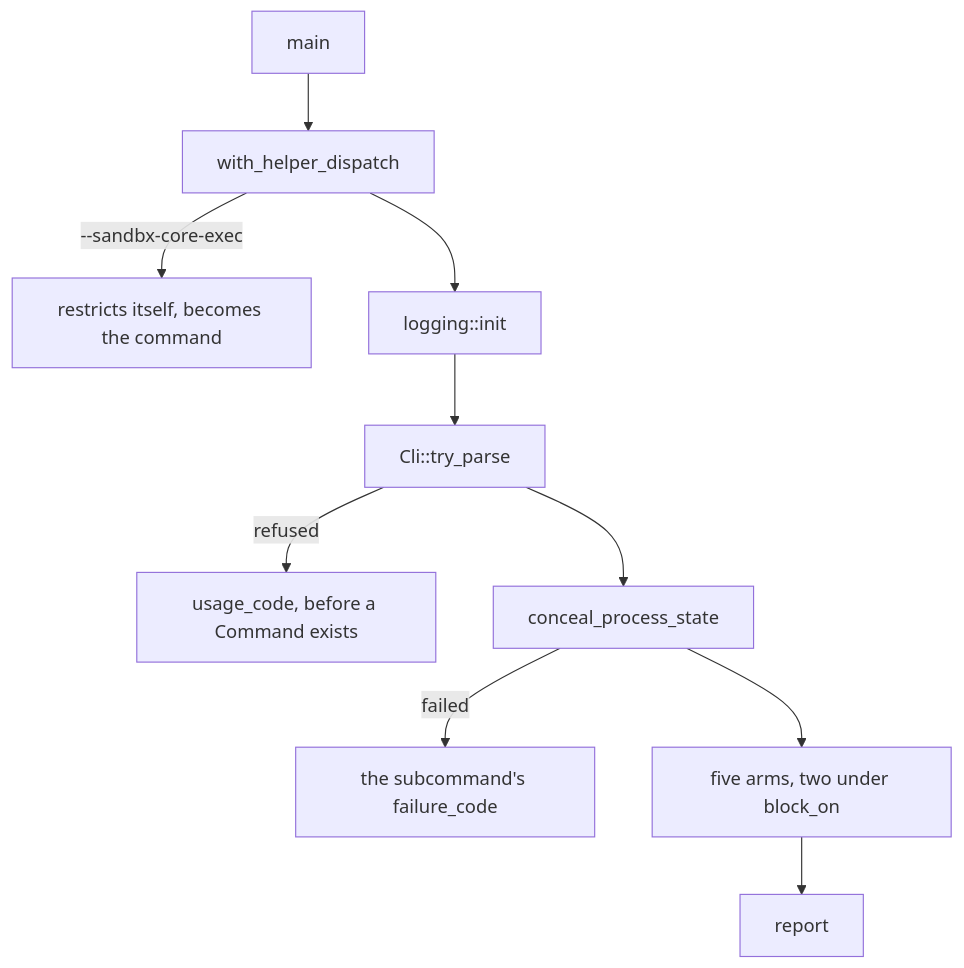
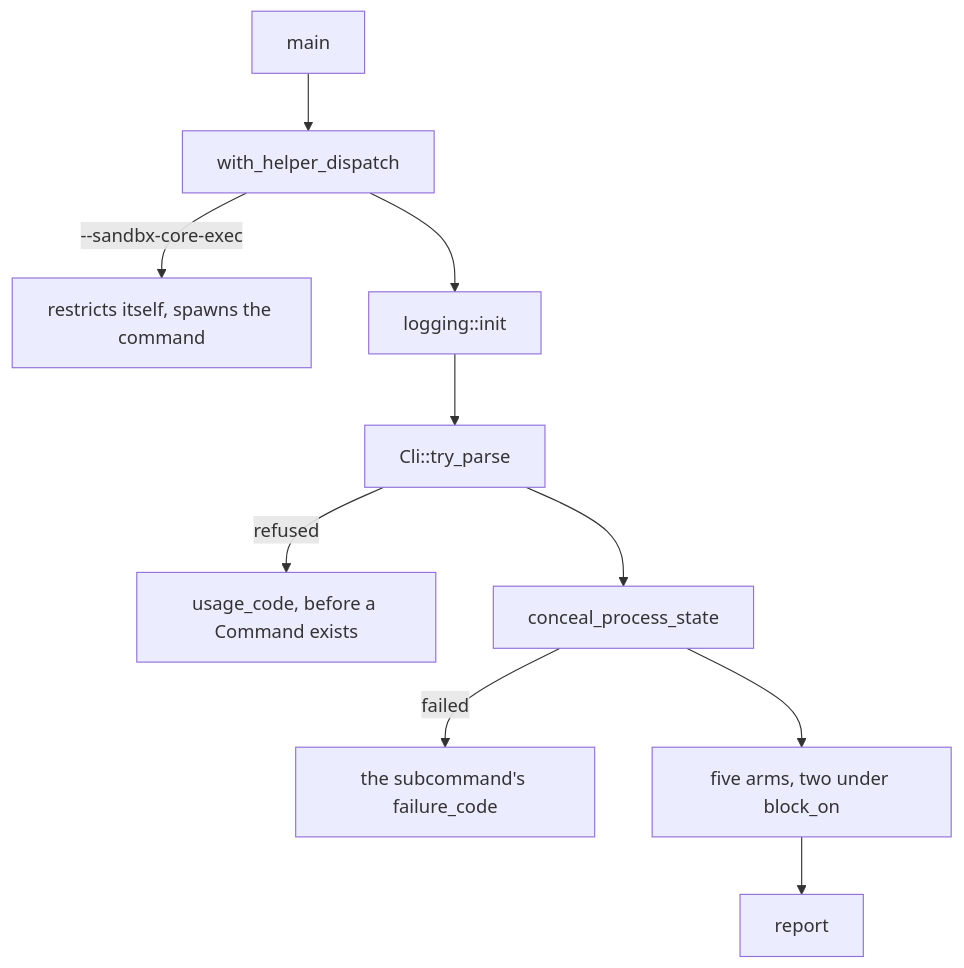
Before and after one commit to danczw/sandbx: the first of 2 diagrams in context/onboarding/24-crate-cli.md, drawn with Mermaid. The commit also changed 13 other files, not shown here.

````diff
--- a/context/onboarding/24-crate-cli.md
+++ b/context/onboarding/24-crate-cli.md
@@ -135,12 +135,12 @@
 ```mermaid
 flowchart TD
     A["main"] --> B["with_helper_dispatch"]
-    B -->|"--sandbx-core-exec"| C["restricts itself, becomes the command"]
+    B -->|"--sandbx-core-exec"| C["restricts itself, spawns the command"]
     B --> D["logging::init"]
     D --> E["Cli::try_parse"]
     E -->|"refused"| F["usage_code, before a Command exists"]
     E --> G["conceal_process_state"]
     G -->|"failed"| H["the subcommand's failure_code"]
     G --> I["five arms, two under block_on"]
     I --> J["report"]
 ```
````
